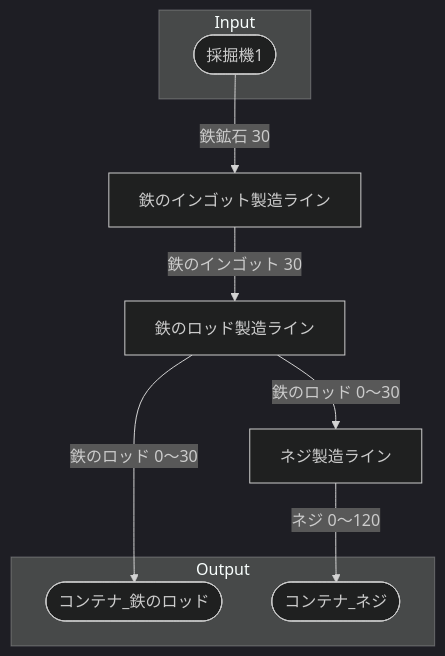
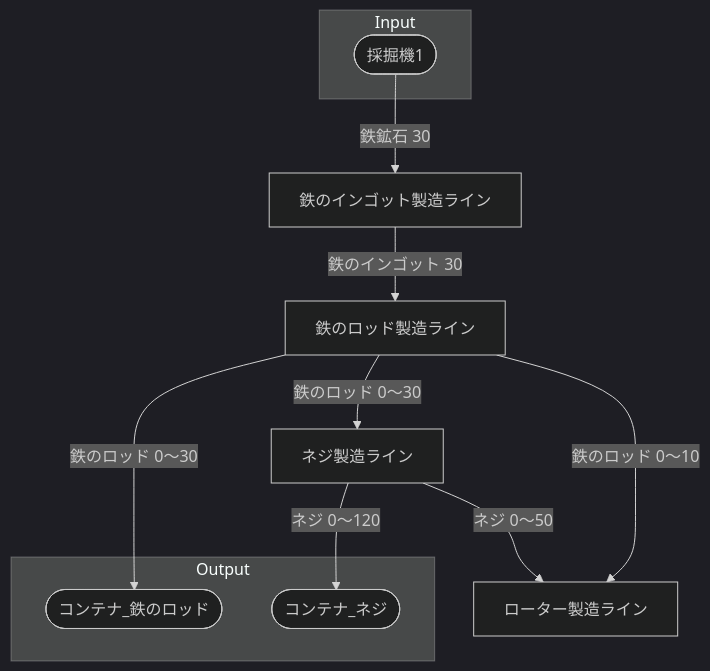
One commit to Suzuran-Amano/SatisfactoryTaskEfficiency changed the diagram in 40_FactoryBuilding/初期一時鉄のロッド工場/30‗全体製造ライン設計書/全体製造ライン設計書.md. Above: the diagram before and after it, drawn with Mermaid (dark theme). The commit also changed other lines of this file and 5 other files, not shown here.

````diff
--- a/40_FactoryBuilding/初期一時鉄のロッド工場/30‗全体製造ライン設計書/全体製造ライン設計書.md
+++ b/40_FactoryBuilding/初期一時鉄のロッド工場/30‗全体製造ライン設計書/全体製造ライン設計書.md
@@ -32,25 +40,28 @@
 ```mermaid
 flowchart TD
 
 subgraph Input
     採掘機1([採掘機1])
 end
 
 鉄のインゴット製造ライン[鉄のインゴット製造ライン]
 鉄のロッド製造ライン[鉄のロッド製造ライン]
 ネジ製造ライン[ネジ製造ライン]
+ローター製造ライン[ローター製造ライン]
 
 subgraph Output
     コンテナ_鉄のロッド([コンテナ_鉄のロッド])
     コンテナ_ネジ([コンテナ_ネジ])
 end
 
 
 採掘機1-->|鉄鉱石 30|鉄のインゴット製造ライン
 鉄のインゴット製造ライン-->|鉄のインゴット 30|鉄のロッド製造ライン
 鉄のロッド製造ライン-->|鉄のロッド 0～30|コンテナ_鉄のロッド
 鉄のロッド製造ライン-->|鉄のロッド 0～30|ネジ製造ライン
+ネジ製造ライン-->|ネジ 0～50|ローター製造ライン
+鉄のロッド製造ライン-->|鉄のロッド 0～10|ローター製造ライン
 ネジ製造ライン-->|ネジ 0～120|コンテナ_ネジ
 
 
 ```
````
